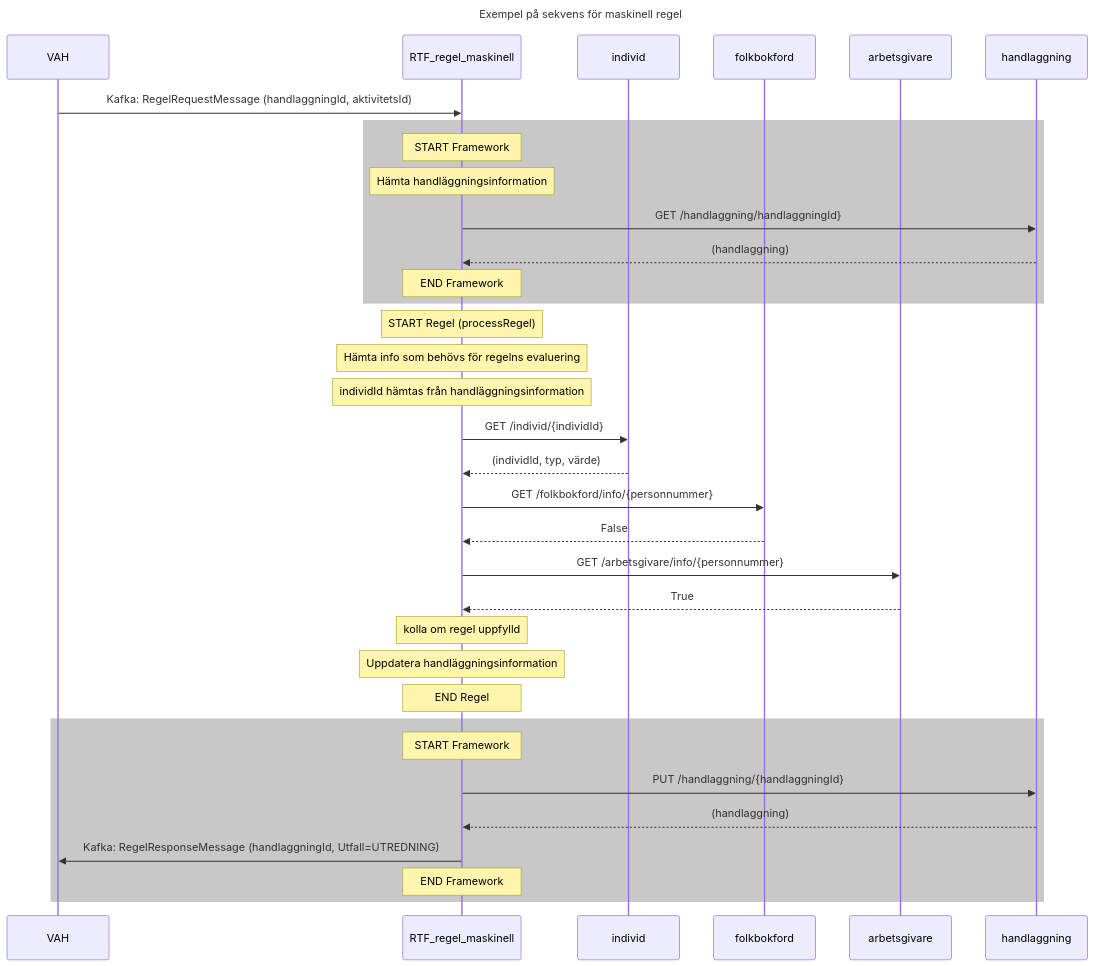
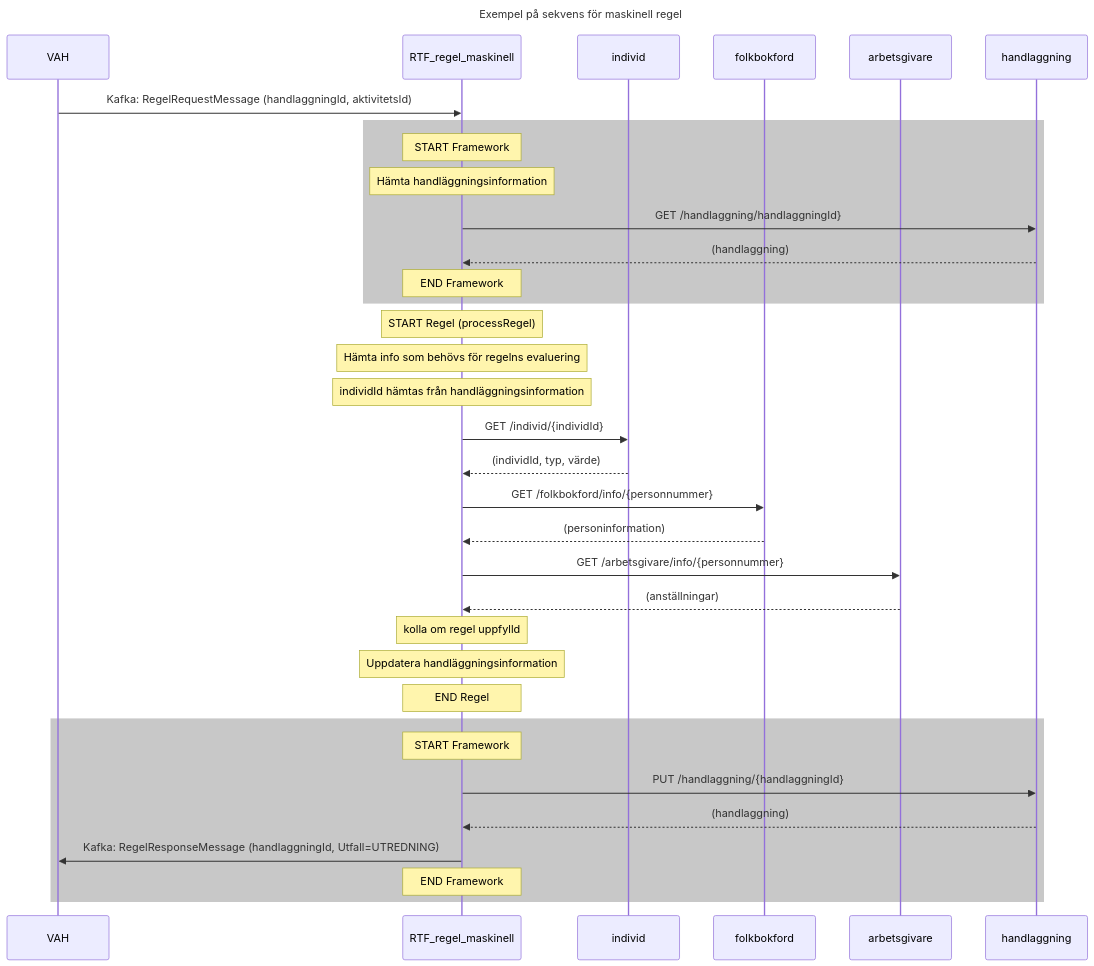
The diagram in sequences/ratt_till_forsakring_maskinell.mmd (Forsakringskassan/rimfrost), drawn with Mermaid before and after one commit.

Commit message:
fix: returvärden från folkbokford och arbetsgivare

```diff
--- a/sequences/ratt_till_forsakring_maskinell.mmd
+++ b/sequences/ratt_till_forsakring_maskinell.mmd
@@ -1,47 +1,47 @@
 sequenceDiagram
 title Exempel på sekvens för maskinell regel
 participant VAH
 participant RTF_regel_maskinell
 participant individ
 participant folkbokford
 participant arbetsgivare
 participant handlaggning
 
 VAH ->> RTF_regel_maskinell: Kafka: RegelRequestMessage (handlaggningId, aktivitetsId)
 
 rect rgb(200, 200, 200)
     note over RTF_regel_maskinell: START Framework
         note over RTF_regel_maskinell: Hämta handläggningsinformation
         RTF_regel_maskinell ->> handlaggning: GET /handlaggning/handlaggningId}
         handlaggning -->> RTF_regel_maskinell: (handlaggning)
     note over RTF_regel_maskinell: END Framework
 end
 
 note over RTF_regel_maskinell: START Regel (processRegel)
     note over RTF_regel_maskinell: Hämta info som behövs för regelns evaluering
     note over RTF_regel_maskinell: individId hämtas från handläggningsinformation
 
     RTF_regel_maskinell ->> individ: GET /individ/{individId}
     individ -->> RTF_regel_maskinell: (individId, typ, värde)
 
     RTF_regel_maskinell ->> folkbokford: GET /folkbokford/info/{personnummer}
-    folkbokford -->> RTF_regel_maskinell: False
+    folkbokford -->> RTF_regel_maskinell: (personinformation)
 
     RTF_regel_maskinell ->> arbetsgivare: GET /arbetsgivare/info/{personnummer}
-    arbetsgivare -->> RTF_regel_maskinell: True
+    arbetsgivare -->> RTF_regel_maskinell: (anställningar)
 
     note over RTF_regel_maskinell: kolla om regel uppfylld
     note over RTF_regel_maskinell: Uppdatera handläggningsinformation
 
 note over RTF_regel_maskinell: END Regel
 
 rect rgb(200, 200, 200)
     note over RTF_regel_maskinell: START Framework
 
         RTF_regel_maskinell ->> handlaggning: PUT /handlaggning/{handlaggningId}
         handlaggning -->> RTF_regel_maskinell: (handlaggning)
 
         RTF_regel_maskinell ->> VAH: Kafka: RegelResponseMessage (handlaggningId, Utfall=UTREDNING)
 
     note over RTF_regel_maskinell: END Framework
 end
```
